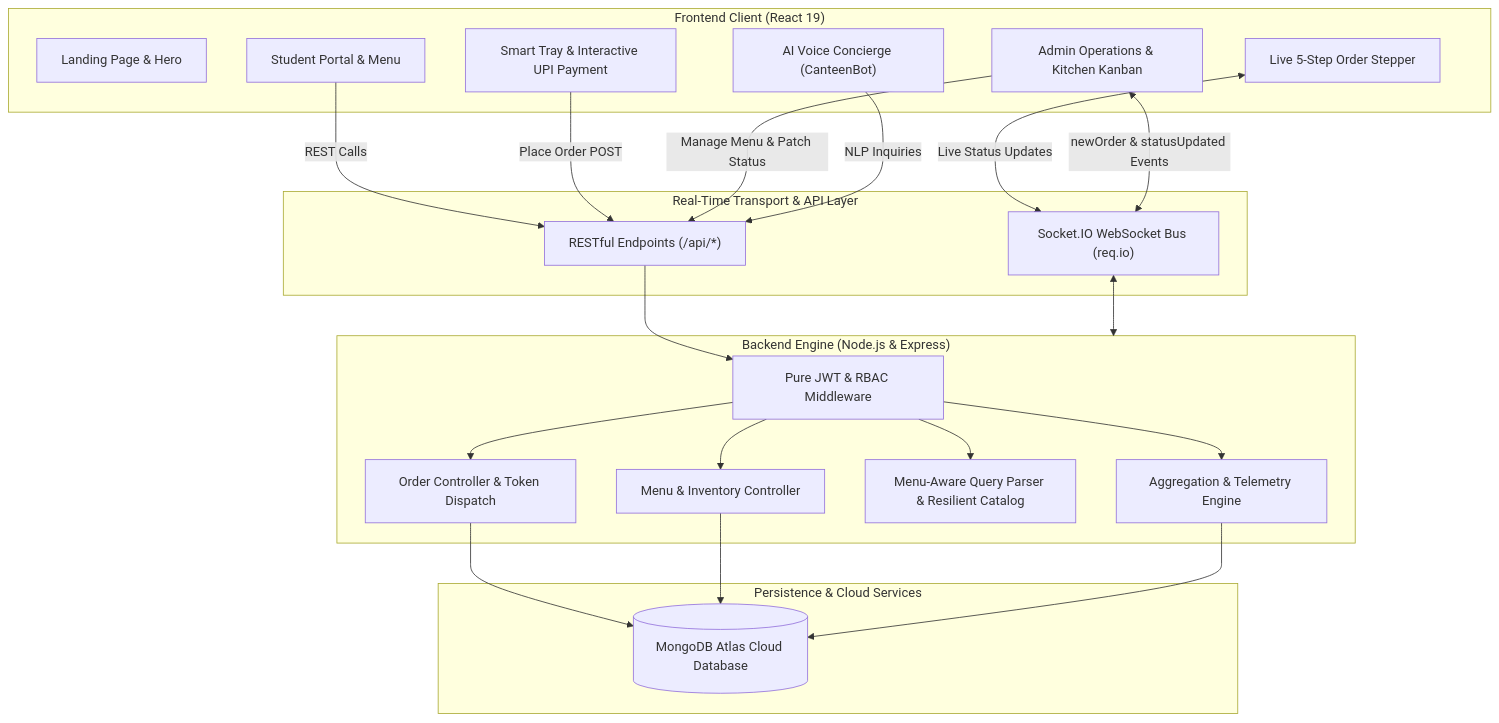
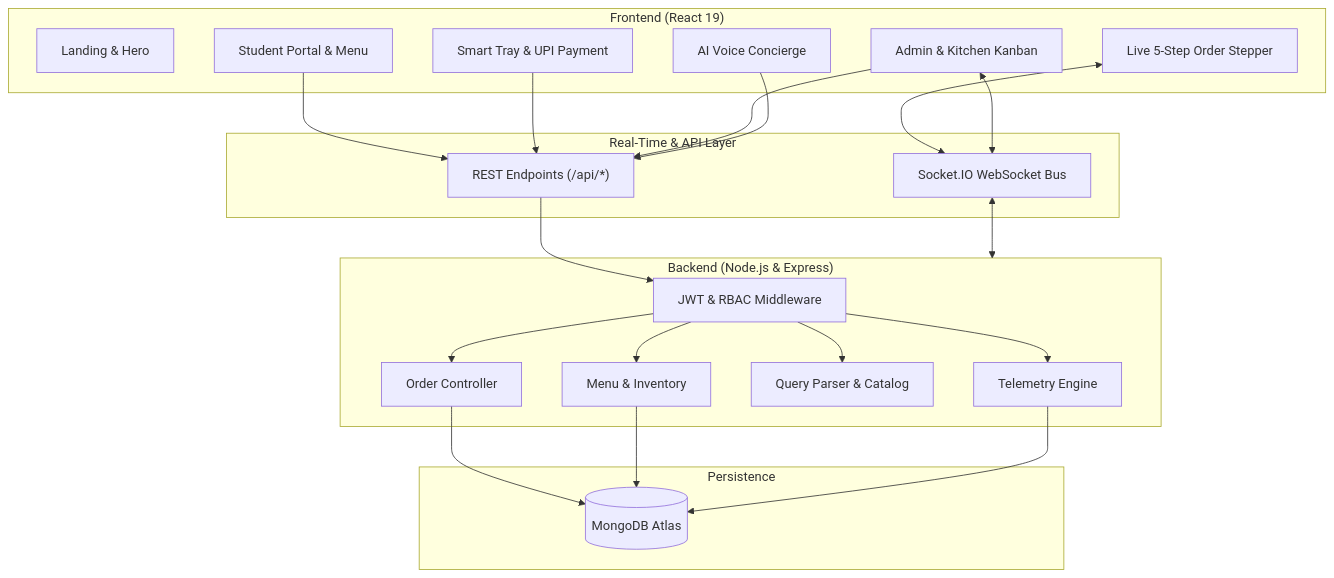
Before and after one commit to Lishanthraa-cse/Canteen-Managment-System: the diagram in README.md, drawn with Mermaid. The commit also changed other lines of this file, not shown here.

````diff
--- a/README.md
+++ b/README.md
@@ -42,44 +31,42 @@
 ```mermaid
 flowchart TD
-    subgraph ClientLayer["Frontend Client (React 19)"]
-        UI_Home["Landing Page & Hero"]
+    subgraph ClientLayer["Frontend (React 19)"]
+        UI_Home["Landing & Hero"]
         UI_Student["Student Portal & Menu"]
-        UI_Cart["Smart Tray & Interactive UPI Payment"]
+        UI_Cart["Smart Tray & UPI Payment"]
         UI_Tracker["Live 5-Step Order Stepper"]
-        UI_Bot["AI Voice Concierge (CanteenBot)"]
-        UI_Admin["Admin Operations & Kitchen Kanban"]
+        UI_Bot["AI Voice Concierge"]
+        UI_Admin["Admin & Kitchen Kanban"]
     end
 
-    subgraph TransportLayer["Real-Time Transport & API Layer"]
-        HTTP_REST["RESTful Endpoints (/api/*)"]
-        WS_Socket["Socket.IO WebSocket Bus (req.io)"]
+    subgraph TransportLayer["Real-Time & API Layer"]
+        HTTP_REST["REST Endpoints (/api/*)"]
+        WS_Socket["Socket.IO WebSocket Bus"]
     end
 
-    subgraph ServerLayer["Backend Engine (Node.js & Express)"]
-        AUTH_JWT["Pure JWT & RBAC Middleware"]
-        CTR_Order["Order Controller & Token Dispatch"]
-        CTR_Menu["Menu & Inventory Controller"]
-        CTR_Bot["Menu-Aware Query Parser & Resilient Catalog"]
-        CTR_Stats["Aggregation & Telemetry Engine"]
+    subgraph ServerLayer["Backend (Node.js & Express)"]
+        AUTH_JWT["JWT & RBAC Middleware"]
+        CTR_Order["Order Controller"]
+        CTR_Menu["Menu & Inventory"]
+        CTR_Bot["Query Parser & Catalog"]
+        CTR_Stats["Telemetry Engine"]
     end
 
-    subgraph DataLayer["Persistence & Cloud Services"]
-        MDB[("MongoDB Atlas Cloud Database")]
+    subgraph DataLayer["Persistence"]
+        MDB[("MongoDB Atlas")]
     end
 
-    UI_Student -->|REST Calls| HTTP_REST
-    UI_Cart -->|Place Order POST| HTTP_REST
-    UI_Admin -->|Manage Menu & Patch Status| HTTP_REST
-    UI_Bot -->|NLP Inquiries| HTTP_REST
-    
-    UI_Tracker <-->|Live Status Updates| WS_Socket
-    UI_Admin <-->|newOrder & statusUpdated Events| WS_Socket
-
+    UI_Student --> HTTP_REST
+    UI_Cart --> HTTP_REST
+    UI_Admin --> HTTP_REST
+    UI_Bot --> HTTP_REST
+    UI_Tracker <--> WS_Socket
+    UI_Admin <--> WS_Socket
     HTTP_REST --> AUTH_JWT
     AUTH_JWT --> CTR_Order & CTR_Menu & CTR_Bot & CTR_Stats
     WS_Socket <--> ServerLayer
-
     CTR_Order --> MDB
     CTR_Menu --> MDB
     CTR_Stats --> MDB
+
 ```
````
